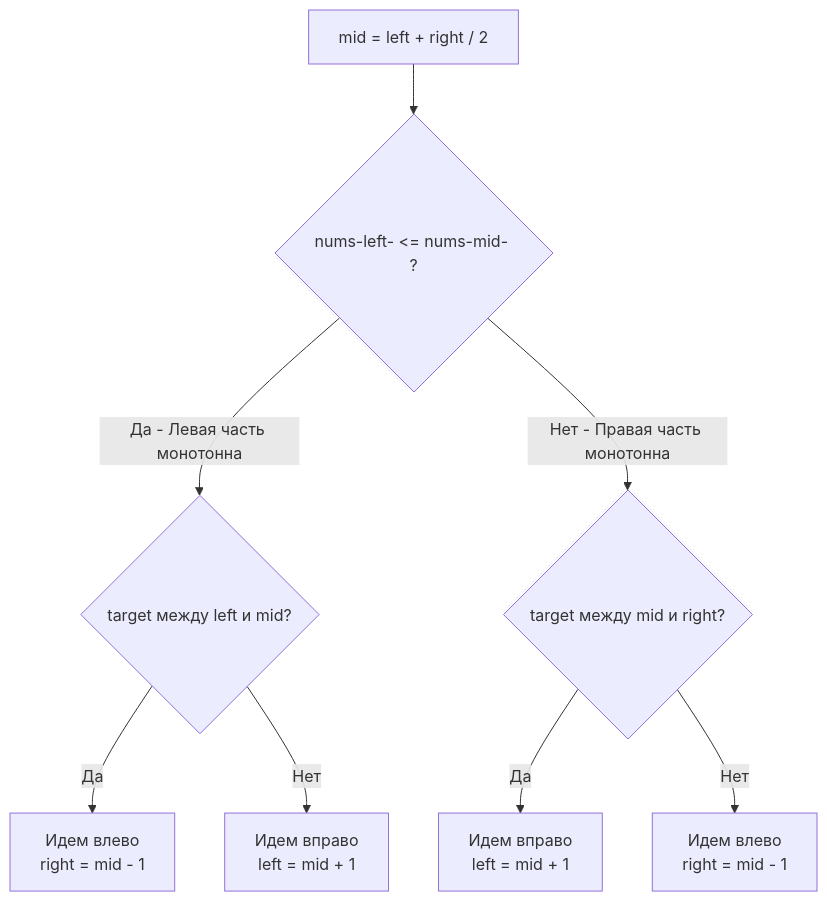
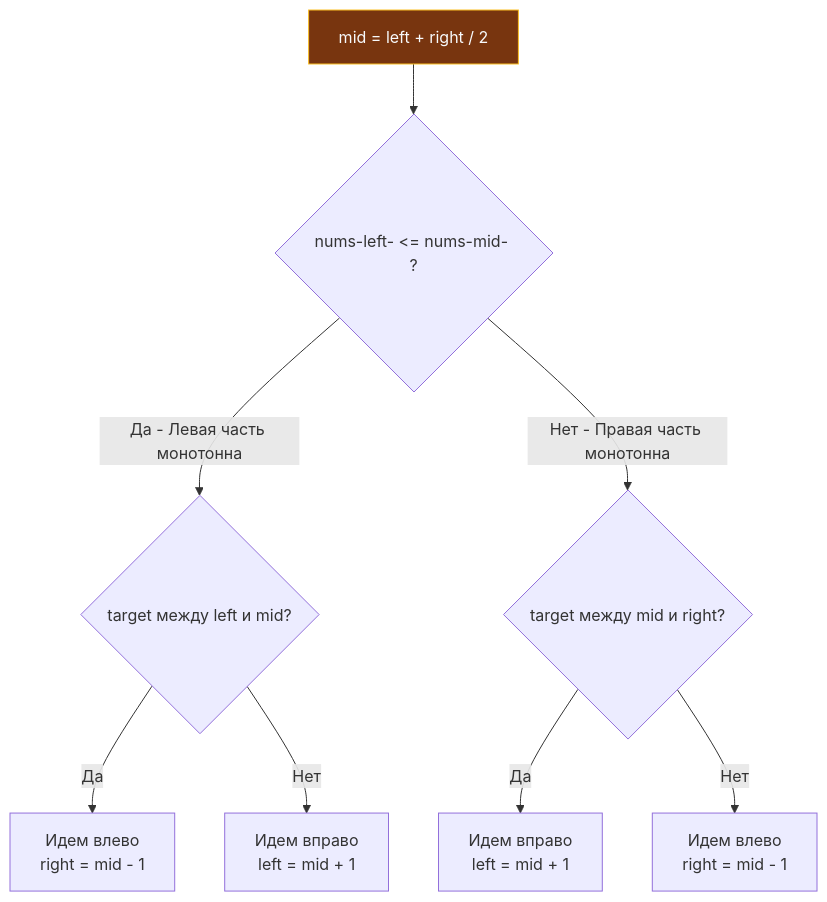
One commit to UnrealTemplier/go-textbook changed the diagram in sources/21. Задачи с LeetCode и собеседований на Go/02. Задачи/09. Бинарный поиск/7. Search in Rotated Sorted Array.md. Above: the diagram before and after it, drawn with Mermaid. The commit also changed 1666 other files, not shown here.

First line of the commit message:
feat(mermaid): add semantic color classDef to 1369 colorless flowchart/graph diagrams

````diff
--- a/sources/21. Задачи с LeetCode и собеседований на Go/02. Задачи/09. Бинарный поиск/7. Search in Rotated Sorted Array.md
+++ b/sources/21. Задачи с LeetCode и собеседований на Go/02. Задачи/09. Бинарный поиск/7. Search in Rotated Sorted Array.md
@@ -27,13 +27,23 @@
 ```mermaid
 flowchart TD
-    Start["mid = left + right / 2"] --> IsSorted{"nums-left- <= nums-mid- ?"}
+    classDef process  fill:#1e293b,stroke:#38bdf8,stroke-width:1px,color:#f8fafc
+    classDef success  fill:#064e3b,stroke:#34d399,stroke-width:1px,color:#f8fafc
+    classDef error    fill:#7f1d1d,stroke:#f87171,stroke-width:1px,color:#f8fafc
+    classDef warning  fill:#78350f,stroke:#fbbf24,stroke-width:1px,color:#f8fafc
+    classDef entry    fill:#1e3a5f,stroke:#38bdf8,stroke-width:2px,color:#f8fafc
+    classDef aux      fill:#334155,stroke:#64748b,stroke-width:1px,color:#f8fafc
+    classDef system   fill:#312e81,stroke:#a78bfa,stroke-width:1px,color:#f8fafc
+    classDef data     fill:#132d29,stroke:#2dd4bf,stroke-width:1px,color:#f8fafc
+    classDef network  fill:#881337,stroke:#fb7185,stroke-width:1px,color:#f8fafc
+    classDef accent   fill:#1e1b4b,stroke:#818cf8,stroke-width:1px,color:#f8fafc
+    Start["mid = left + right / 2"]:::warning --> IsSorted{"nums-left- <= nums-mid- ?"}
 
     IsSorted -->|"Да - Левая часть монотонна"| CheckLeft{"target между left и mid?"}
     IsSorted -->|"Нет - Правая часть монотонна"| CheckRight{"target между mid и right?"}
 
     CheckLeft -->|"Да"| GoLeft1["Идем влево<br>right = mid - 1"]
     CheckLeft -->|"Нет"| GoRight1["Идем вправо<br>left = mid + 1"]
 
     CheckRight -->|"Да"| GoRight2["Идем вправо<br>left = mid + 1"]
     CheckRight -->|"Нет"| GoLeft2["Идем влево<br>right = mid - 1"]
 ```
````
